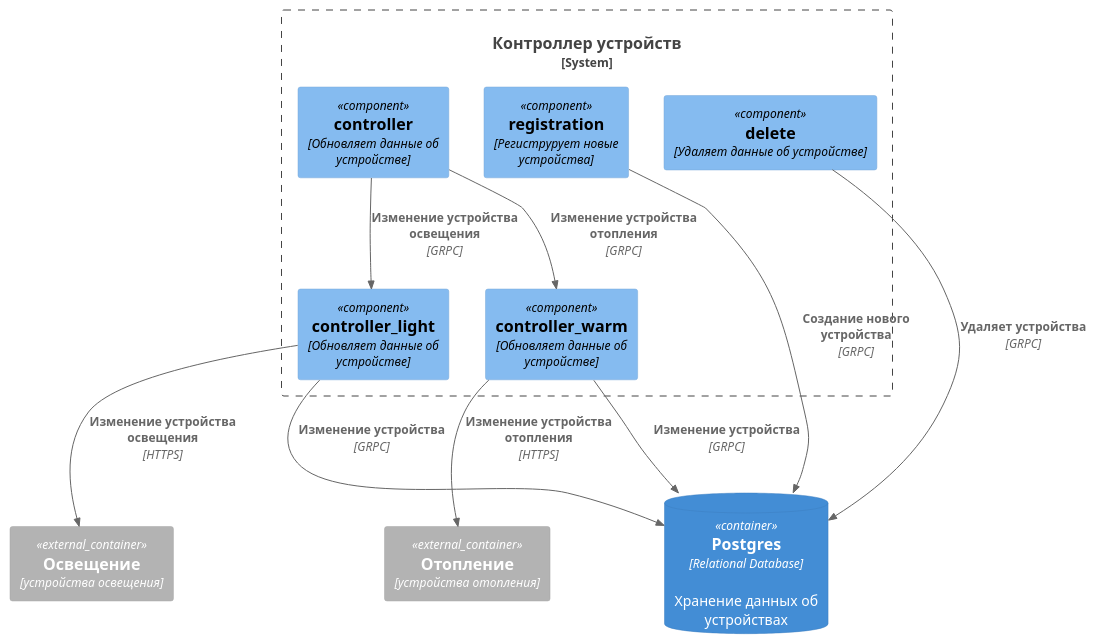
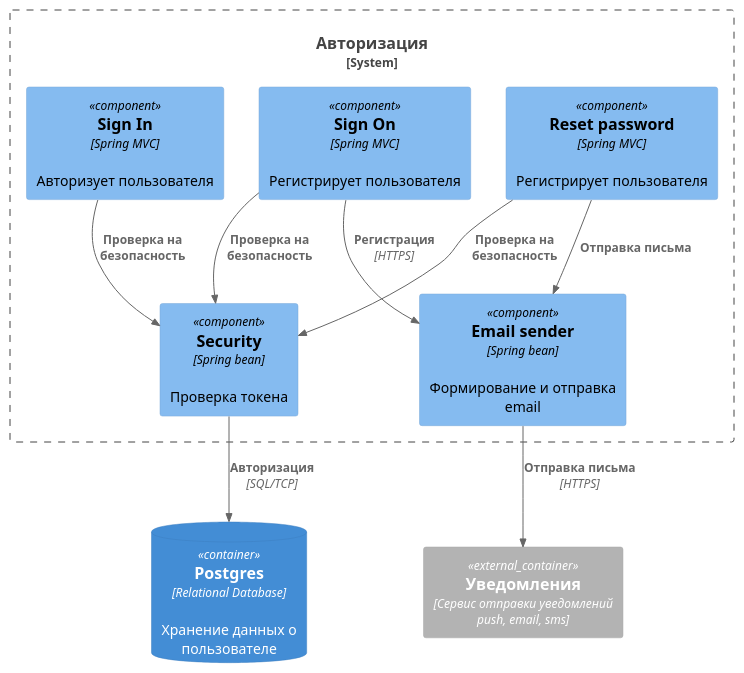
The diagram in components/C4_3_TO_BE_Components_auth.puml (ZhurkinAngular/Warmhouse), drawn with PlantUML before and after one commit. The commit also changed 7 other files, not shown here.

```diff
--- a/components/C4_3_TO_BE_Components_auth.puml
+++ b/components/C4_3_TO_BE_Components_auth.puml
@@ -1,29 +1,27 @@
 @startuml
 !include <C4/C4_Container>
 !include <C4/C4_Component>
 
-System_Boundary(c1, "Контроллер устройств") {
-  Component(registration, "registration", "Региструрует новые устройства")
-  Component(controller, "controller", "Обновляет данные об устройстве")
-  Component(controller_light, "controller_light", "Обновляет данные об устройстве")
-  Component(controller_warm, "controller_warm", "Обновляет данные об устройстве")
-  Component(delete, "delete", "Удаляет данные об устройстве")
+System_Boundary(c1, "Авторизация") {
+  Component(sign_in, "Sign In", "Spring MVC","Авторизует пользователя")
+  Component(security, "Security", "Spring bean", "Проверка токена")
+  Component(sign_on, "Sign On", "Spring MVC", "Регистрирует пользователя")
+  Component(reset_pass, "Reset password", "Spring MVC", "Регистрирует пользователя")
+  Component(email, "Email sender","Spring bean", "Формирование и отправка email")
 }
 
-ContainerDb(devices_db, "Postgres", "Relational Database", "Хранение данных об устройствах")
-Container_Ext(device_light, "Освещение", "устройства освещения")
-Container_Ext(device_warm, "Отопление", "устройства отопления")
 
+ContainerDb(users_db, "Postgres", "Relational Database", "Хранение данных о пользователе")
+Container_Ext(notification, "Уведомления", "Сервис отправки уведомлений push, email, sms")
 
-Rel(registration, devices_db, "Создание нового устройства", "GRPC")
-Rel(controller_light, devices_db, "Изменение устройства", "GRPC")
-Rel(controller_warm, devices_db, "Изменение устройства", "GRPC")
-Rel(delete, devices_db, "Удаляет устройства", "GRPC")
+Rel(reset_pass, security, "Проверка на безопасность", "")
+Rel(sign_in, security, "Проверка на безопасность", "")
+Rel(sign_on, security, "Проверка на безопасность", "")
 
-Rel(controller, controller_light, "Изменение устройства освещения", "GRPC")
-Rel(controller, controller_warm, "Изменение устройства отопления", "GRPC")
+Rel(reset_pass, email, "Отправка письма", "")
+Rel(sign_on, email, "Регистрация", "HTTPS")
+Rel(email, notification, "Отправка письма", "HTTPS")
 
-Rel(controller_light, device_light, "Изменение устройства освещения", "HTTPS")
-Rel(controller_warm, device_warm, "Изменение устройства отопления", "HTTPS")
+Rel(security, users_db, "Авторизация", "SQL/TCP")
 
 @enduml
```
